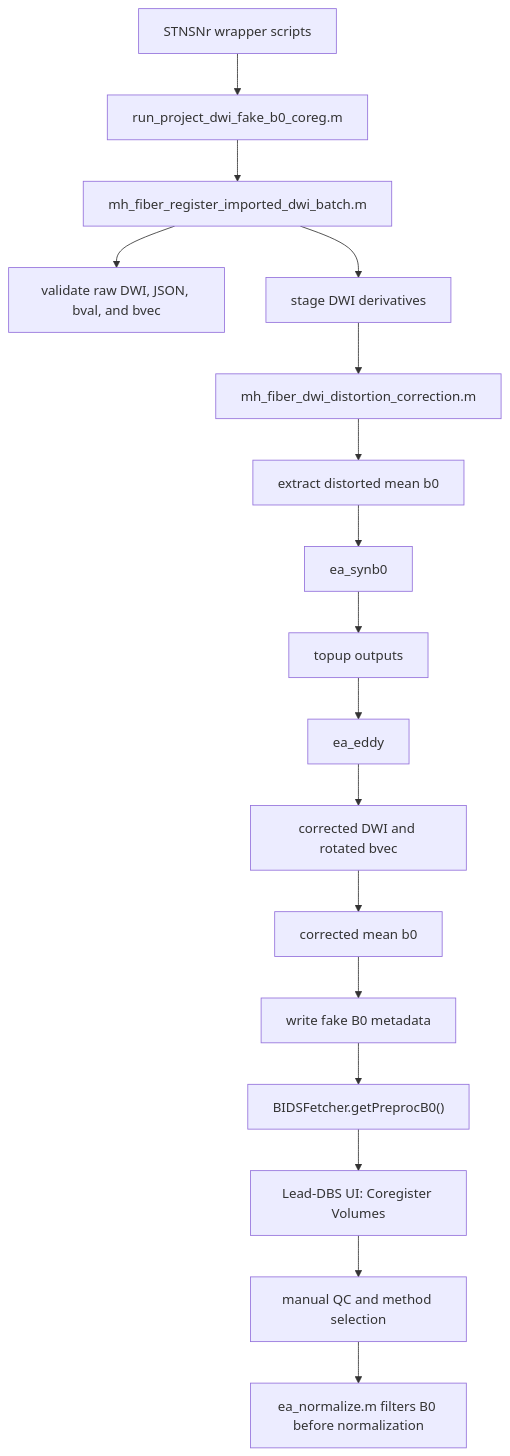
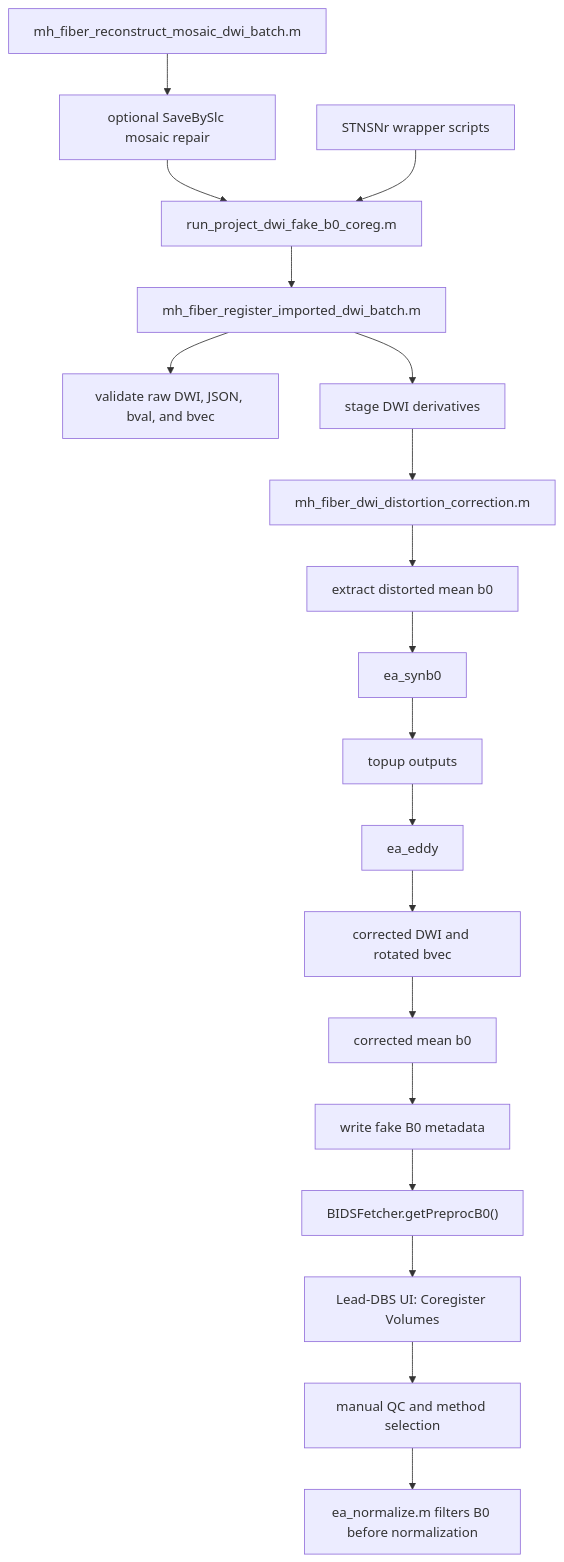
The diagram in my_helper/fiber/core/dwi/fake_b0_ui_coreg_tutorial.md (Mojackhak/leaddbs), drawn with Mermaid before and after one commit. The commit also changed other lines of this file and 1 other file, not shown here.

Commit message:
docs: document SaveBySlc DWI reconstruction

````diff
--- a/my_helper/fiber/core/dwi/fake_b0_ui_coreg_tutorial.md
+++ b/my_helper/fiber/core/dwi/fake_b0_ui_coreg_tutorial.md
@@ -30,19 +30,21 @@
 ```mermaid
 flowchart TD
+    Z["mh_fiber_reconstruct_mosaic_dwi_batch.m"] --> Z2["optional SaveBySlc mosaic repair"]
+    Z2 --> A
     A["run_project_dwi_fake_b0_coreg.m"] --> B["mh_fiber_register_imported_dwi_batch.m"]
     A2["STNSNr wrapper scripts"] --> A
     B --> C["validate raw DWI, JSON, bval, and bvec"]
     B --> D["stage DWI derivatives"]
     D --> E["mh_fiber_dwi_distortion_correction.m"]
     E --> F["extract distorted mean b0"]
     F --> G["ea_synb0"]
     G --> H["topup outputs"]
     H --> I["ea_eddy"]
     I --> J["corrected DWI and rotated bvec"]
     J --> K["corrected mean b0"]
     K --> L["write fake B0 metadata"]
     L --> M["BIDSFetcher.getPreprocB0()"]
     M --> N["Lead-DBS UI: Coregister Volumes"]
     N --> O["manual QC and method selection"]
     O --> P["ea_normalize.m filters B0 before normalization"]
 ```
````
